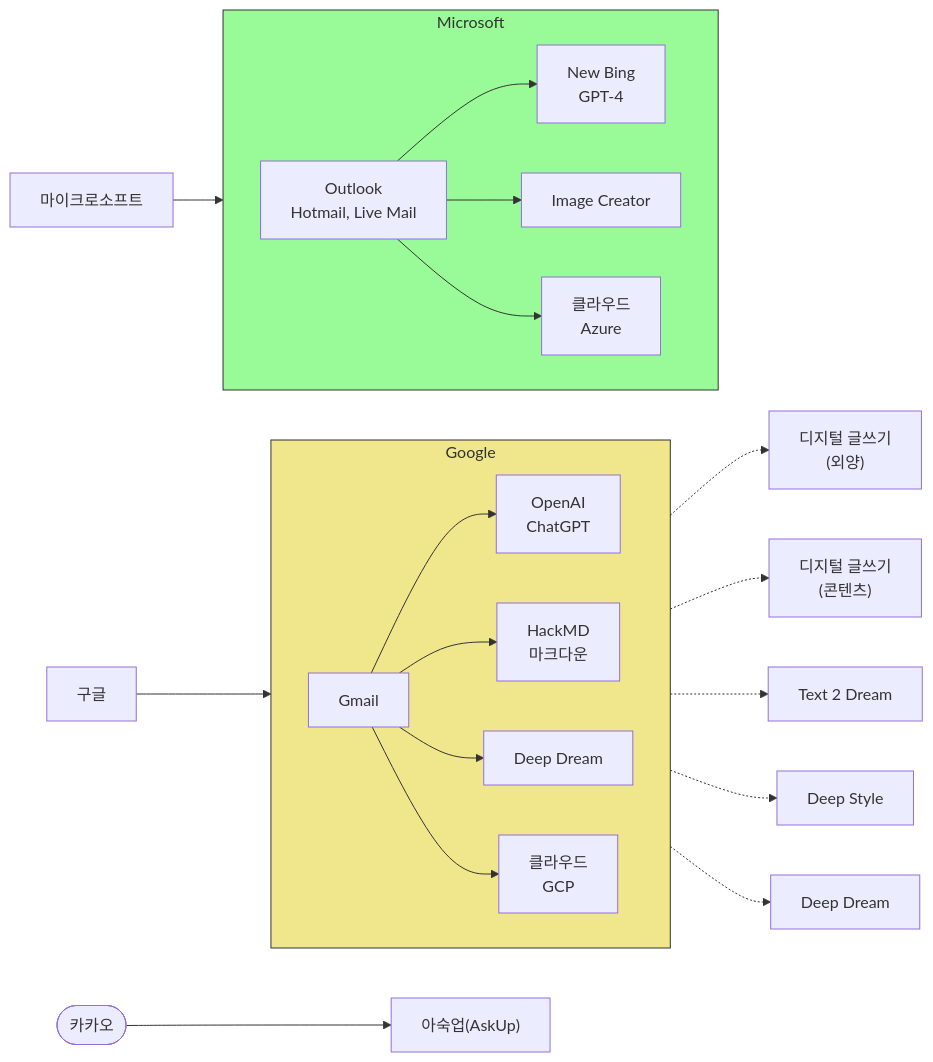
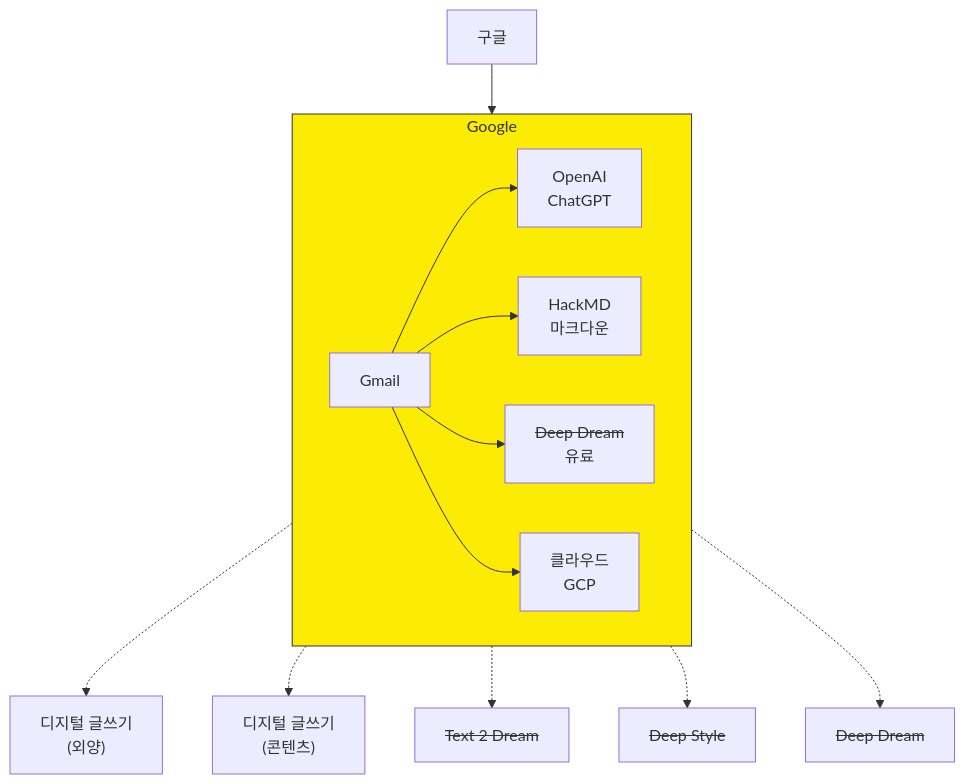
Before and after one commit to bit2r/gpt-edu: the second of 4 diagrams in prerequisite.qmd, drawn with Mermaid. The commit also changed other lines of this file and 31 other files, not shown here.

````diff
--- a/prerequisite.qmd
+++ b/prerequisite.qmd
@@ -50,34 +111,21 @@
 ```{mermaid}
-graph LR
+graph TB
 
-    A[구글] --> B[Gmail]
+A[구글] --> B[Gmail]
 
-    subgraph Google
-        direction LR
-        B --> GA[OpenAI <br> ChatGPT]
-        B --> GC["HackMD <br> 마크다운"]
-        B --> GB[Deep Dream]
-        B --> Amazon[클라우드 <br> GCP]
-    end
+subgraph Google
+    direction LR
+    B --> GA[OpenAI <br> ChatGPT]
+    B --> GC["HackMD <br> 마크다운"]
+    B --> GB["<s>Deep Dream</s><br>유료"]
+    B --> Amazon[클라우드 <br> GCP]
+end
 
-    style Google fill:#f0e68c,stroke:#333,stroke-width:1px
+style Google fill:#fcec03,stroke:#333,stroke-width:1px
 
-    GC -.-> BA["디지털 글쓰기 <br> (외양)"]
-    GA -.-> CA["디지털 글쓰기 <br> (콘텐츠)"]
-    GB -.-> DA["Text 2 Dream"]
-    GB -.-> DB["Deep Style"]
-    GB -.-> DC["Deep Dream"]
-
-    F[마이크로소프트] --> G["Outlook <br> Hotmail, Live Mail"]
-
-    subgraph Microsoft
-        direction LR
-        G --> I["New Bing<br> GPT-4" ]
-        G --> J["Image Creator"]
-        G --> H["클라우드 <br> Azure"]
-    end
-
-    style Microsoft fill:#98fb98,stroke:#333,stroke-width:1px
-
-    K([카카오]) --> KA["아숙업(AskUp)" ]
+GC -.-> BA["디지털 글쓰기 <br> (외양)"]
+GA -.-> CA["디지털 글쓰기 <br> (콘텐츠)"]
+GB -.-> DA["<s>Text 2 Dream</s>"]
+GB -.-> DB["<s>Deep Style</s>"]
+GB -.-> DC["<s>Deep Dream</s>"]
 ```
````
